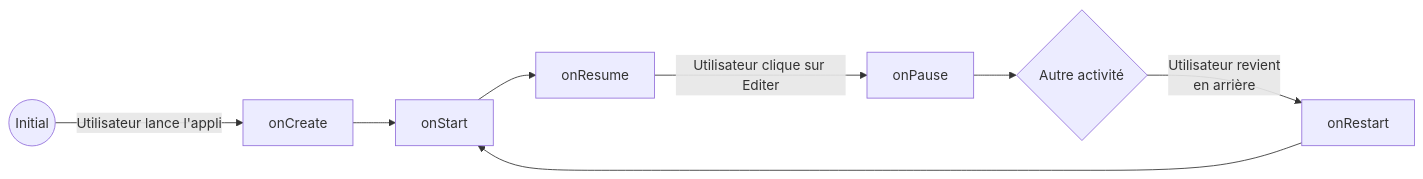
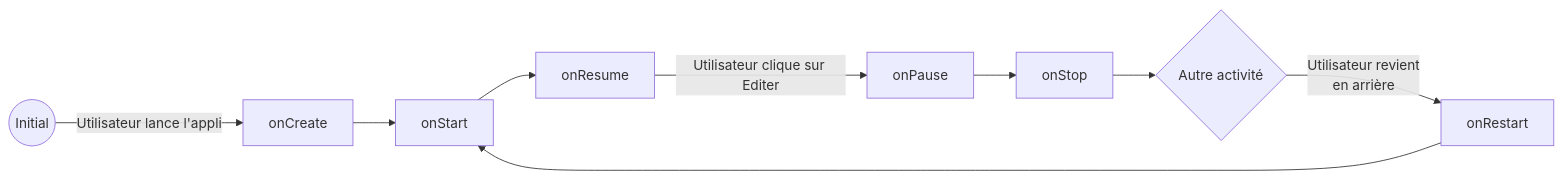
One commit to KevinFerati/DAA_Lab02 changed the first of 4 diagrams in Rapport.md. Above: the diagram before and after it, drawn with Mermaid. The commit also changed other lines of this file, not shown here.

````diff
--- a/Rapport.md
+++ b/Rapport.md
@@ -14,10 +14,11 @@
 ```mermaid
   graph LR
     A((Initial)) -- Utilisateur lance l'appli --> B[onCreate]
     B --> C[onStart]
     C --> D[onResume]
     D -- Utilisateur clique sur Editer --> F[onPause]
-    F --> G{Autre activité}
+    F --> J[onStop]
+    J --> G{Autre activité}
     G -- Utilisateur revient \nen arrière --> I[onRestart]
     I --> C
 ```
````
